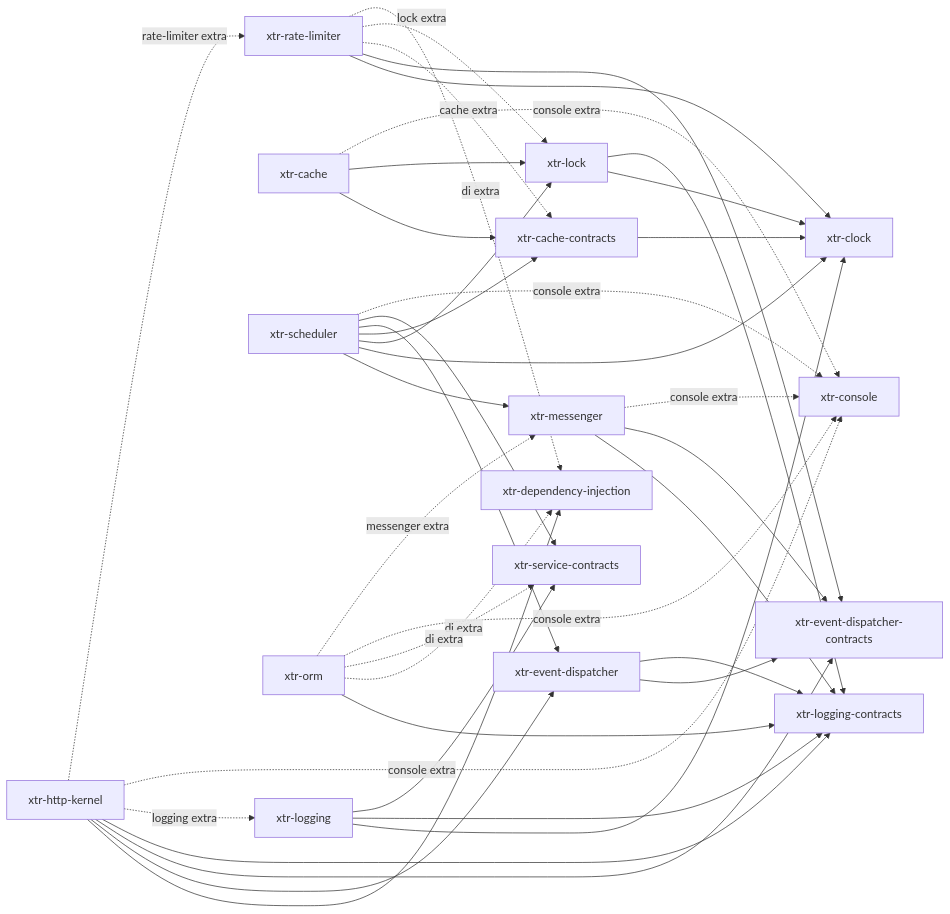
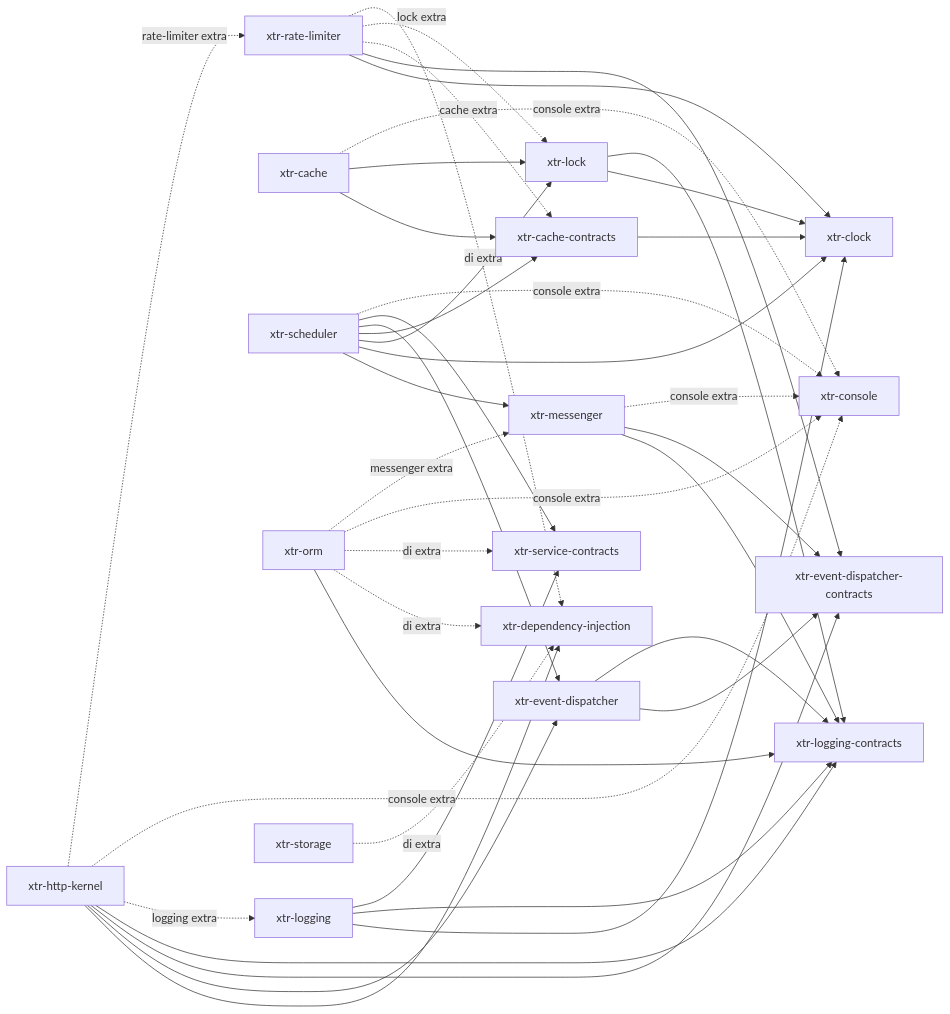
One commit to xterr/python-xtr changed the diagram in README.md. Above: the diagram before and after it, drawn with Mermaid. The commit also changed other lines of this file and 3 other files, not shown here.

Commit message:
docs: document xtr-storage

````diff
--- a/README.md
+++ b/README.md
@@ -44,41 +45,42 @@
 ```mermaid
 graph LR
     logging[xtr-logging] --> clock[xtr-clock]
     logging --> logcon[xtr-logging-contracts]
     logging --> svccon[xtr-service-contracts]
     messenger[xtr-messenger] --> logcon
     messenger --> eventcon
     lock[xtr-lock] --> clock
     lock --> logcon
     cachecon[xtr-cache-contracts] --> clock
     cache[xtr-cache] --> cachecon
     cache --> lock
     cache -. console extra .-> console
     events[xtr-event-dispatcher] --> eventcon[xtr-event-dispatcher-contracts]
     events --> logcon
     messenger -. console extra .-> console[xtr-console]
     scheduler[xtr-scheduler] --> messenger
     scheduler --> clock
     scheduler --> lock
     scheduler --> cachecon
     scheduler --> events
     scheduler --> svccon
     scheduler -. console extra .-> console
     httpkernel[xtr-http-kernel] --> di[xtr-dependency-injection]
     httpkernel --> events
     httpkernel --> eventcon
     httpkernel --> logcon
     httpkernel -. logging extra .-> logging
     httpkernel -. console extra .-> console
     orm[xtr-orm] --> logcon
     orm -. di extra .-> di
     orm -. di extra .-> svccon
     orm -. console extra .-> console
     orm -. messenger extra .-> messenger
     ratelimiter[xtr-rate-limiter] --> clock
     ratelimiter --> eventcon
     ratelimiter -. cache extra .-> cachecon
     ratelimiter -. lock extra .-> lock
     ratelimiter -. di extra .-> di
     httpkernel -. rate-limiter extra .-> ratelimiter
+    storage[xtr-storage] -. di extra .-> di
 ```
````
